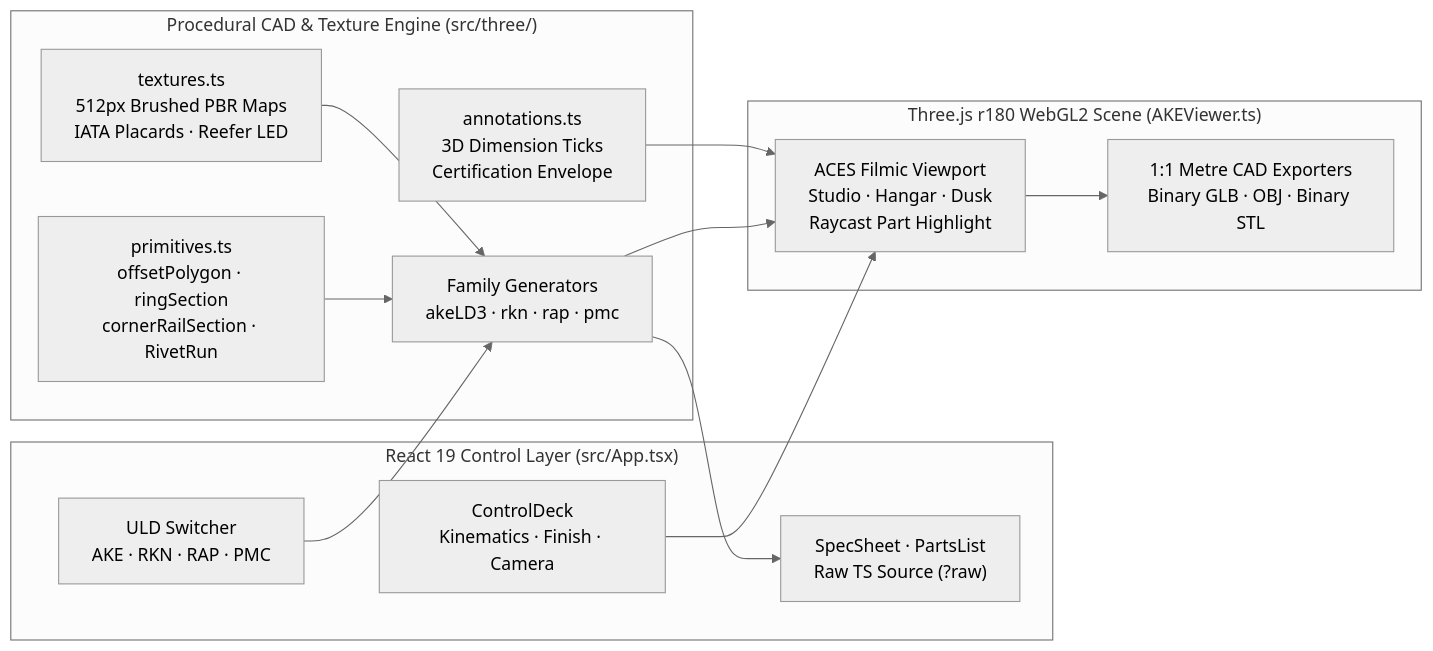
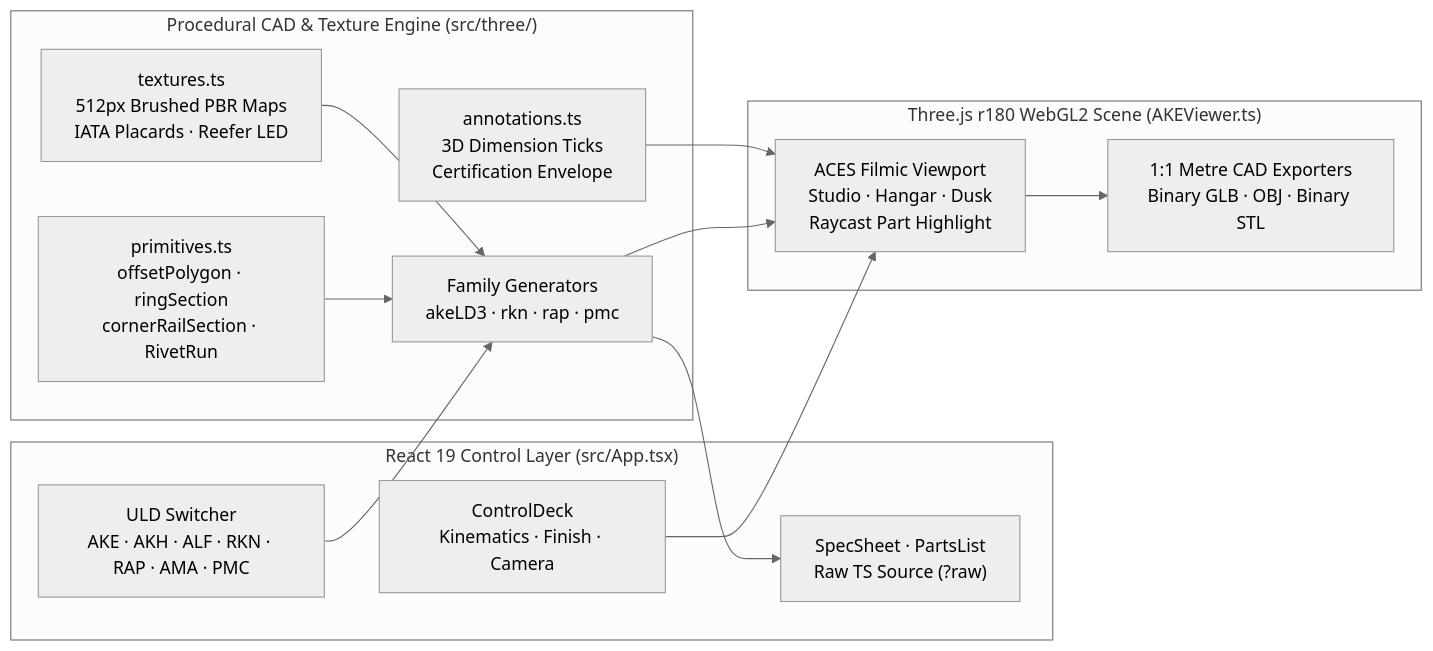
The diagram in README.md (YASLOGIST/3D-Containers), drawn with Mermaid (neutral theme) before and after one commit. The commit also changed other lines of this file and 12 other files, not shown here.

First line of the commit message:
Add AKH·LD3-45, ALF·LD6 and AMA·M-1 via a shared symmetric-profile engine

````diff
--- a/README.md
+++ b/README.md
@@ -127,29 +148,29 @@
 ```mermaid
 flowchart LR
   subgraph UI["React 19 Control Layer (src/App.tsx)"]
-    Switch["ULD Switcher\nAKE · RKN · RAP · PMC"]
+    Switch["ULD Switcher\nAKE · AKH · ALF · RKN · RAP · AMA · PMC"]
     Deck["ControlDeck\nKinematics · Finish · Camera"]
     Inspector["SpecSheet · PartsList\nRaw TS Source (?raw)"]
   end
 
   subgraph Kernel["Procedural CAD & Texture Engine (src/three/)"]
     Prim["primitives.ts\noffsetPolygon · ringSection\ncornerRailSection · RivetRun"]
     Gen["Family Generators\nakeLD3 · rkn · rap · pmc"]
     Tex["textures.ts\n512px Brushed PBR Maps\nIATA Placards · Reefer LED"]
     Ann["annotations.ts\n3D Dimension Ticks\nCertification Envelope"]
   end
 
   subgraph Runtime["Three.js r180 WebGL2 Scene (AKEViewer.ts)"]
     Scene["ACES Filmic Viewport\nStudio · Hangar · Dusk\nRaycast Part Highlight"]
     Export["1:1 Metre CAD Exporters\nBinary GLB · OBJ · Binary STL"]
   end
 
   Switch --> Gen
   Deck --> Scene
   Prim --> Gen
   Tex --> Gen
   Gen --> Scene
   Ann --> Scene
   Gen --> Inspector
   Scene --> Export
 ```
````
